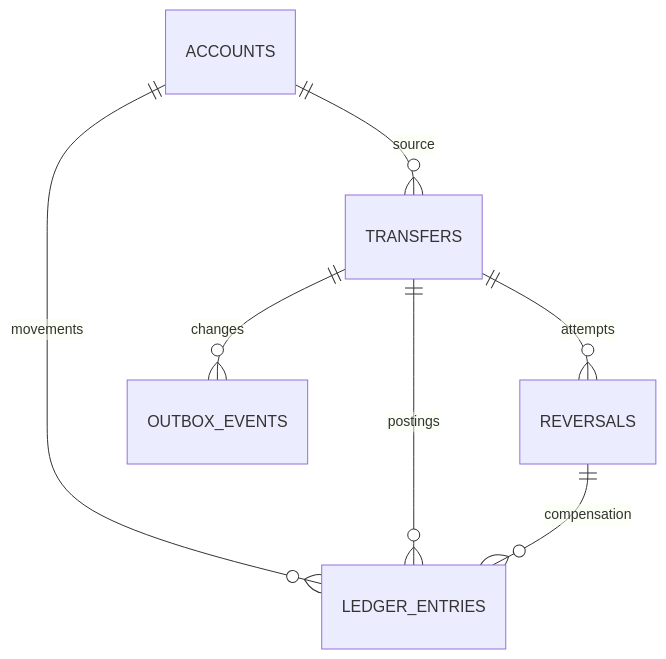
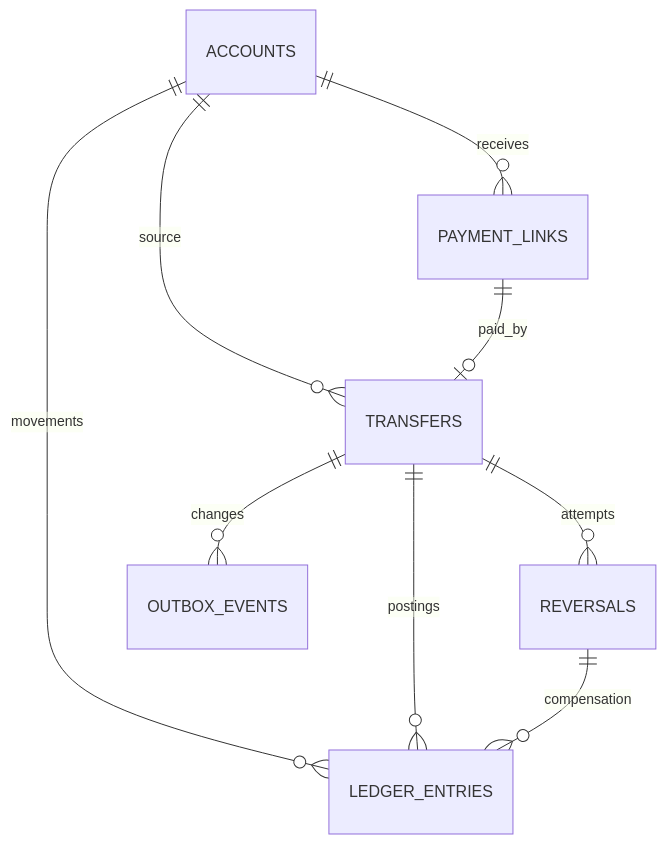
One commit to williamvp10/prueba-pagos-flux-one changed the diagram in docs/data-model.md. Above: the diagram before and after it, drawn with Mermaid. The commit also changed other lines of this file and 33 other files, not shown here.

Commit message:
feat(payments): implement private QR payment links

````diff
--- a/docs/data-model.md
+++ b/docs/data-model.md
@@ -17,9 +17,11 @@
 ```mermaid
 erDiagram
     ACCOUNTS ||--o{ TRANSFERS : source
+    ACCOUNTS ||--o{ PAYMENT_LINKS : receives
+    PAYMENT_LINKS ||--o| TRANSFERS : paid_by
     ACCOUNTS ||--o{ LEDGER_ENTRIES : movements
     TRANSFERS ||--o{ LEDGER_ENTRIES : postings
     TRANSFERS ||--o{ REVERSALS : attempts
     TRANSFERS ||--o{ OUTBOX_EVENTS : changes
     REVERSALS ||--o{ LEDGER_ENTRIES : compensation
 ```
````
